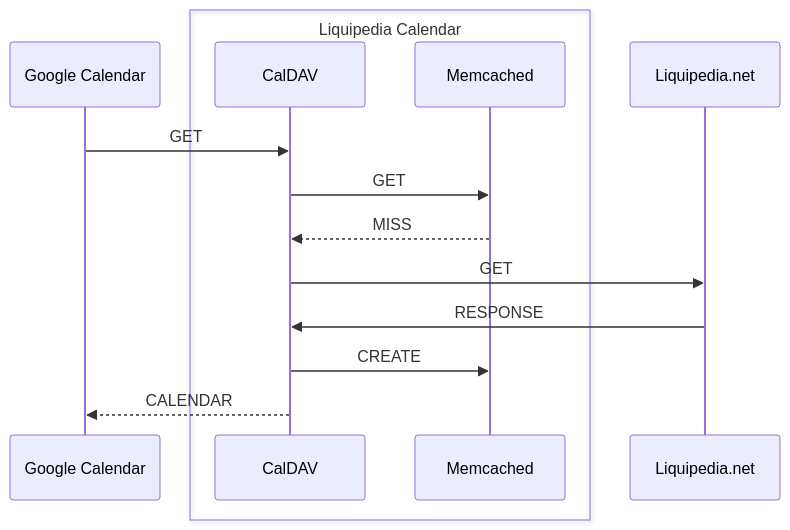
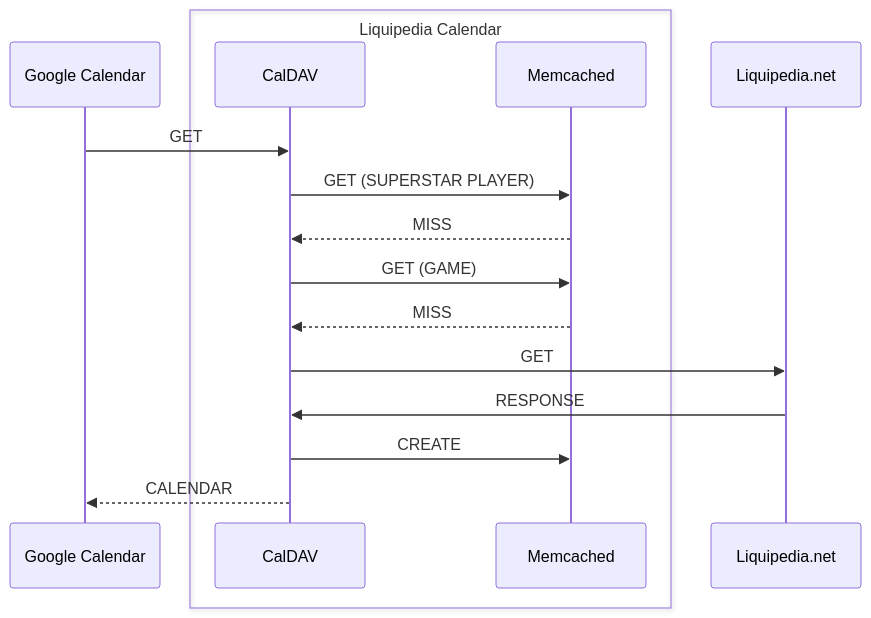
Before and after one commit to Napolitain/liquipedia-calendar: the first of 3 diagrams in DESIGN.md, drawn with Mermaid. The commit also changed other lines of this file, not shown here.

````diff
--- a/DESIGN.md
+++ b/DESIGN.md
@@ -8,16 +8,18 @@
 ```mermaid
 sequenceDiagram
     participant Google Calendar
     box Liquipedia Calendar
     participant CalDAV
     participant Memcached
     end
     participant Liquipedia.net
     Google Calendar->>CalDAV: GET
-    CalDAV->>Memcached: GET
+    CalDAV->>Memcached: GET (SUPERSTAR PLAYER)
+    Memcached-->>CalDAV: MISS
+    CalDAV->>Memcached: GET (GAME)
     Memcached-->>CalDAV: MISS
     CalDAV->>Liquipedia.net: GET
     Liquipedia.net->>CalDAV: RESPONSE
     CalDAV->>Memcached: CREATE
     CalDAV-->>Google Calendar: CALENDAR
 ```
````
